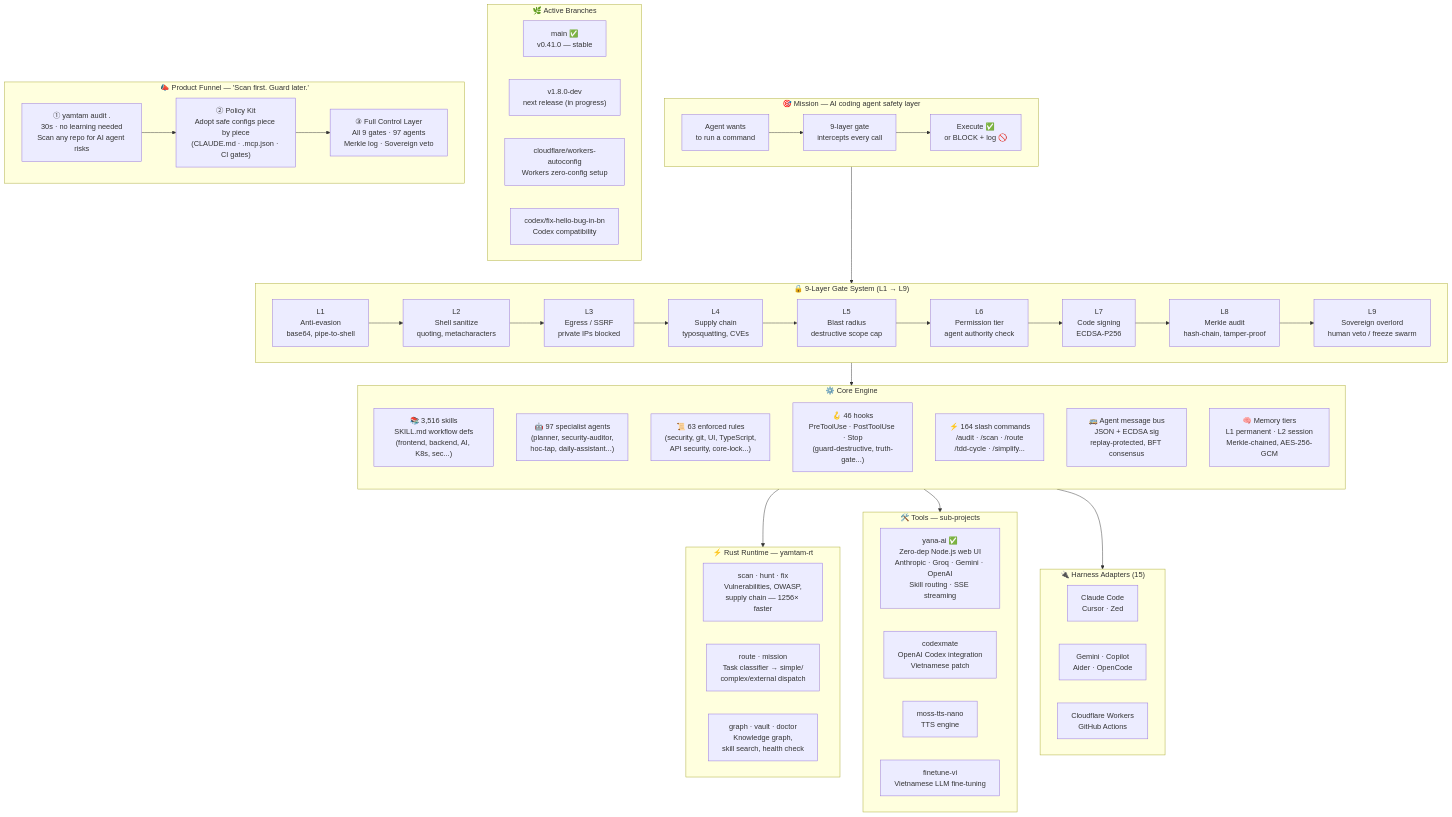
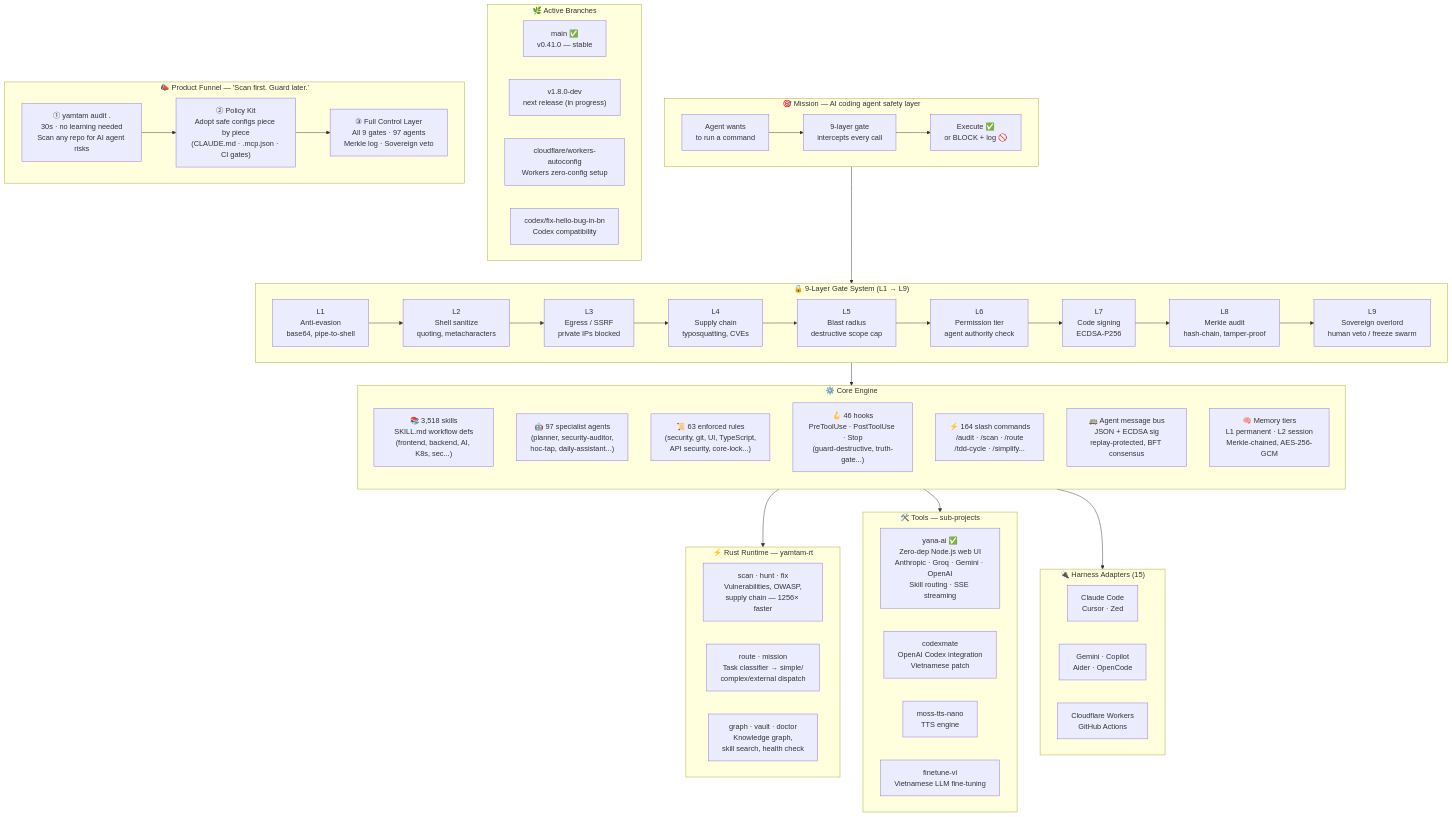
Before and after one commit to yanacuti1121/Yana-AI: the diagram in README.md, drawn with Mermaid. The commit also changed other lines of this file and 7 other files, not shown here.

First line of the commit message:
feat(docs+skills): README demo GIF + trending-pulse-research skill (3,518)

```diff
--- a/README.md
+++ b/README.md
@@ -107,7 +111,7 @@
     %% ── Core engine ──────────────────────────────────────────────────────
     subgraph CORE["⚙️ Core Engine"]
         direction TB
-        SKILLS["📚 3,516 skills\nSKILL.md workflow defs\n(frontend, backend, AI, K8s, sec...)"]
+        SKILLS["📚 3,518 skills\nSKILL.md workflow defs\n(frontend, backend, AI, K8s, sec...)"]
         AGENTS["🤖 97 specialist agents\n(planner, security-auditor,\nhoc-tap, daily-assistant...)"]
         RULES["📜 63 enforced rules\n(security, git, UI, TypeScript,\nAPI security, core-lock...)"]
         HOOKS["🪝 46 hooks\nPreToolUse · PostToolUse · Stop\n(guard-destructive, truth-gate...)"]
```
